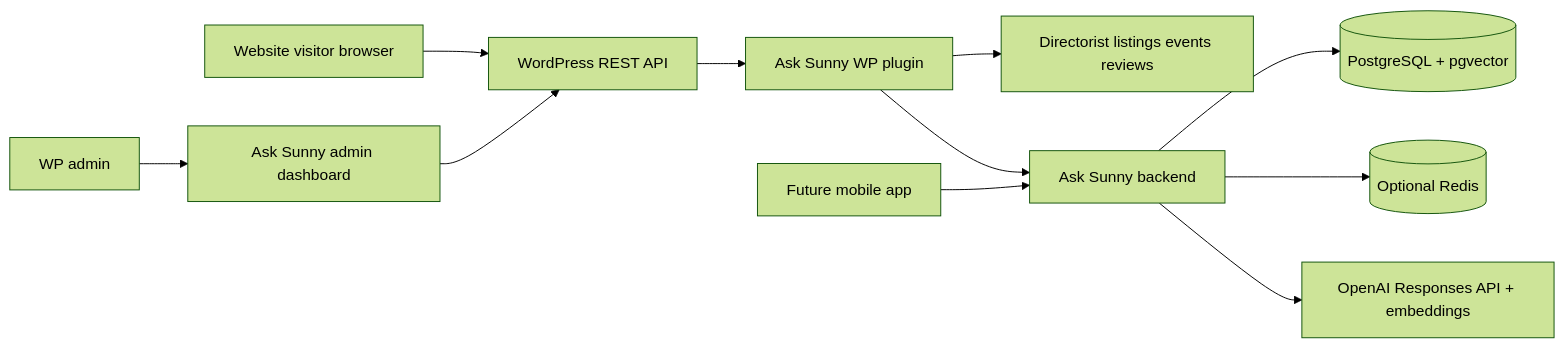
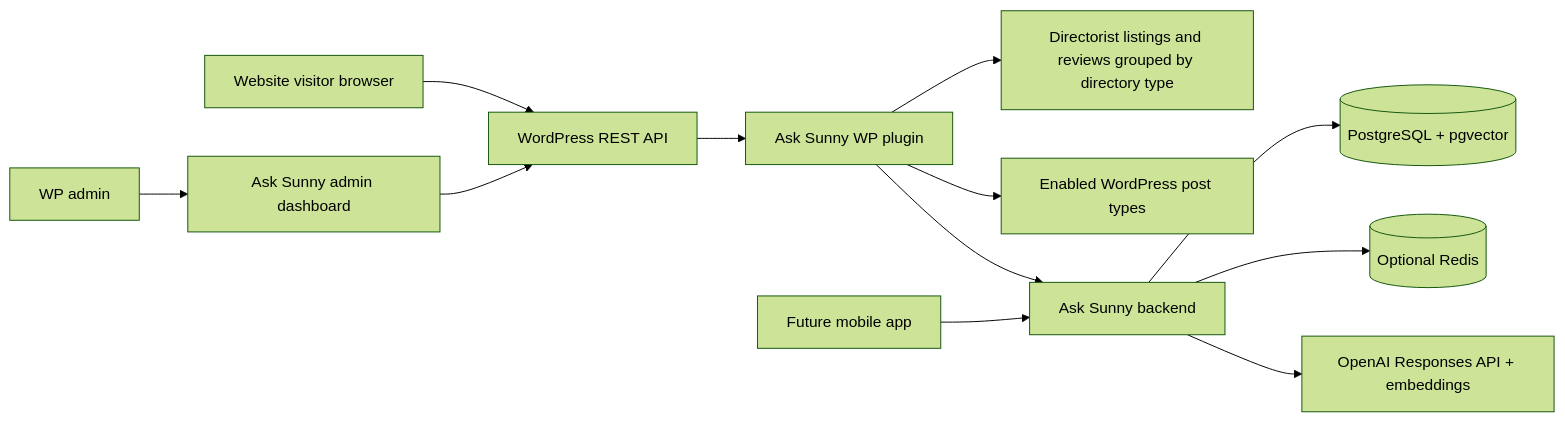
Before and after one commit to sovware/ask-sunny-docs: the diagram in README.md, drawn with Mermaid (forest theme). The commit also changed other lines of this file and 9 other files, not shown here.

````diff
--- a/README.md
+++ b/README.md
@@ -68,13 +73,14 @@
 ```mermaid
 flowchart LR
   Browser[Website visitor browser] --> WPRest[WordPress REST API]
   Admin[WP admin] --> WPAdmin[Ask Sunny admin dashboard]
   WPAdmin --> WPRest
   WPRest --> WPPlugin[Ask Sunny WP plugin]
-  WPPlugin --> Directorist[Directorist listings events reviews]
+  WPPlugin --> Directorist[Directorist listings and reviews grouped by directory type]
+  WPPlugin --> WPPosts[Enabled WordPress post types]
   WPPlugin --> Server[Ask Sunny backend]
   Mobile[Future mobile app] --> Server
   Server --> PG[(PostgreSQL + pgvector)]
   Server --> Redis[(Optional Redis)]
   Server --> OpenAI[OpenAI Responses API + embeddings]
 ```
````
